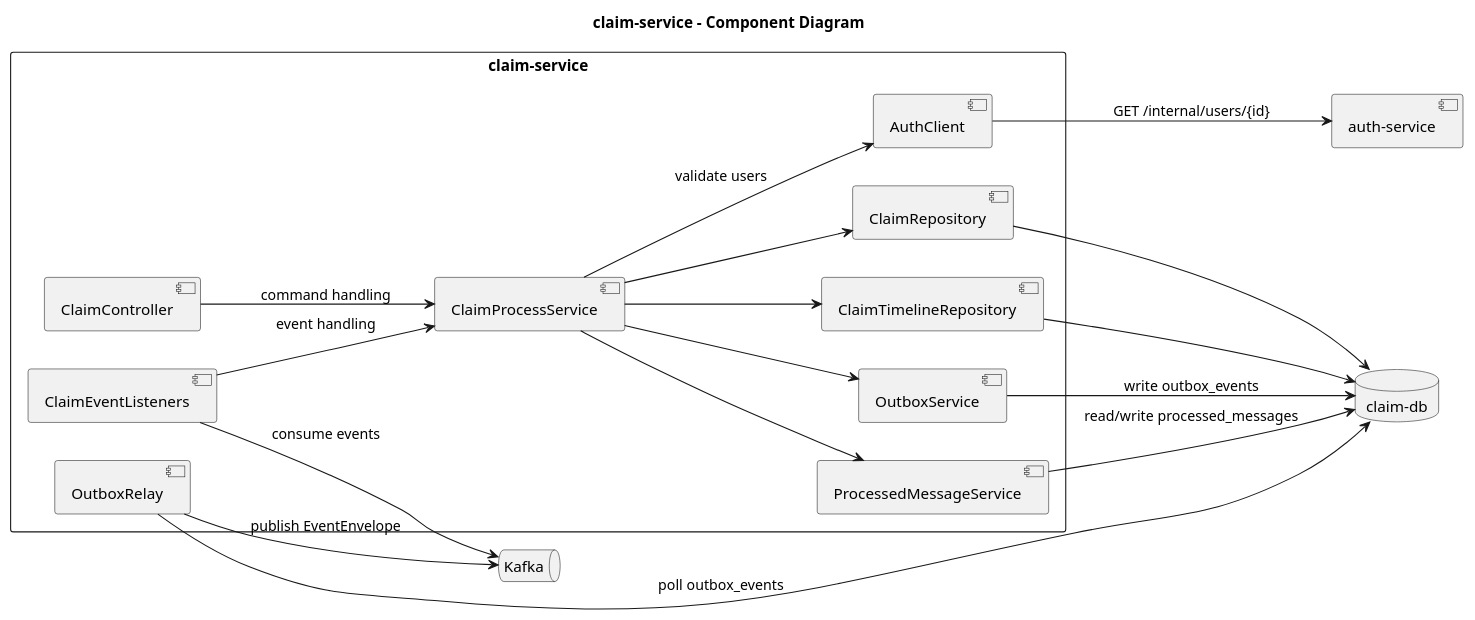
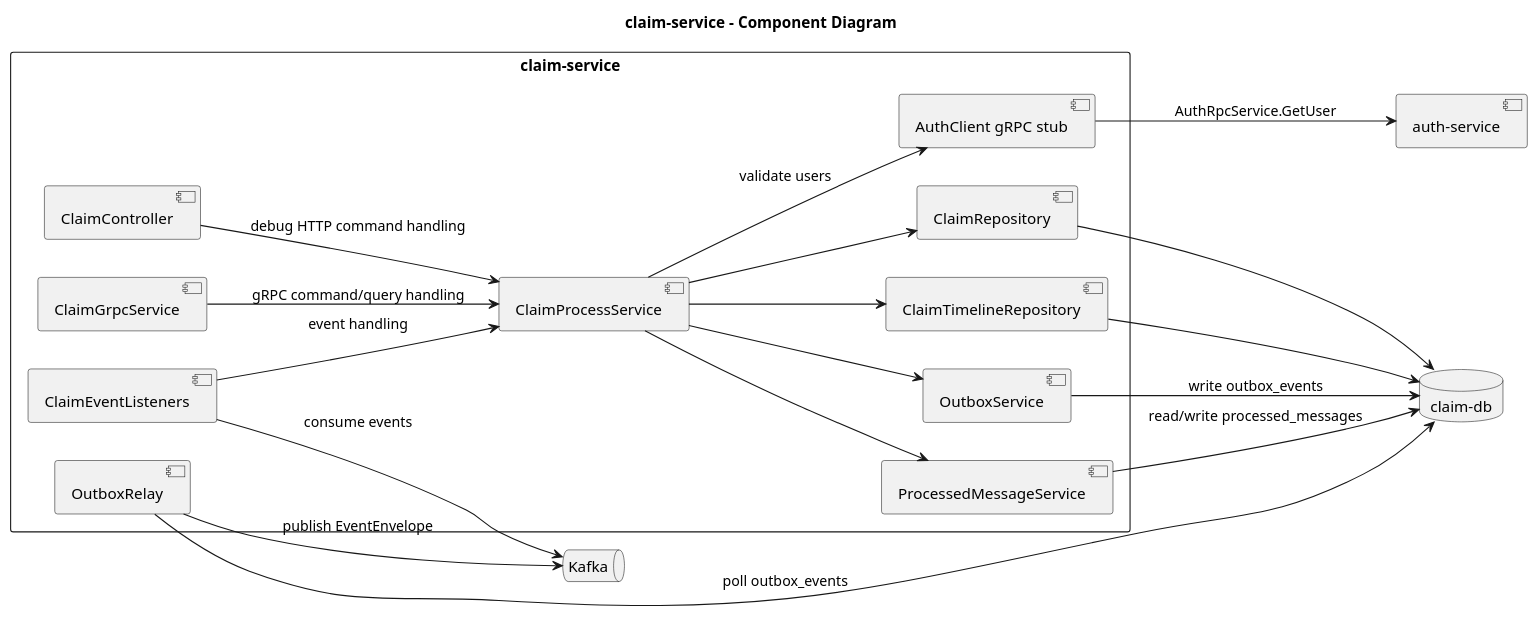
Before and after one commit to r4m63/blps-itmo: the diagram in docs/uml/claim-service-components.puml, drawn with PlantUML. The commit also changed 110 other files, not shown here.

```diff
--- a/docs/uml/claim-service-components.puml
+++ b/docs/uml/claim-service-components.puml
@@ -1,43 +1,45 @@
 @startuml
 title claim-service - Component Diagram
 
 left to right direction
 skinparam packageStyle rectangle
 skinparam shadowing false
 
 package "claim-service" {
   [ClaimController] as Controller
+  [ClaimGrpcService] as GrpcService
   [ClaimProcessService] as Service
   [ClaimEventListeners] as Listeners
-  [AuthClient] as AuthClient
+  [AuthClient gRPC stub] as AuthClient
   [ClaimRepository] as ClaimRepo
   [ClaimTimelineRepository] as TimelineRepo
   [OutboxService] as OutboxService
   [ProcessedMessageService] as InboxService
   [OutboxRelay] as Relay
 }
 
 database "claim-db" as ClaimDB
 queue "Kafka" as Kafka
 component "auth-service" as AuthService
 
-Controller --> Service : command handling
+Controller --> Service : debug HTTP command handling
+GrpcService --> Service : gRPC command/query handling
 Listeners --> Service : event handling
 Service --> AuthClient : validate users
-AuthClient --> AuthService : GET /internal/users/{id}
+AuthClient --> AuthService : AuthRpcService.GetUser
 
 Service --> ClaimRepo
 Service --> TimelineRepo
 Service --> OutboxService
 Service --> InboxService
 
 ClaimRepo --> ClaimDB
 TimelineRepo --> ClaimDB
 OutboxService --> ClaimDB : write outbox_events
 InboxService --> ClaimDB : read/write processed_messages
 Relay --> ClaimDB : poll outbox_events
 Relay --> Kafka : publish EventEnvelope
 
 Listeners --> Kafka : consume events
 
 @enduml
```
